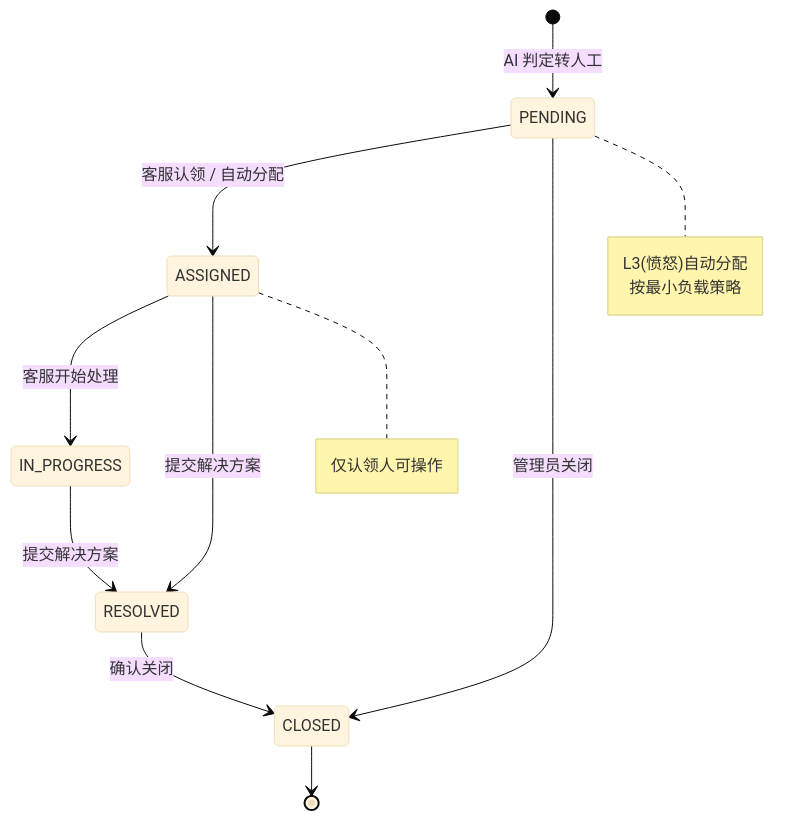
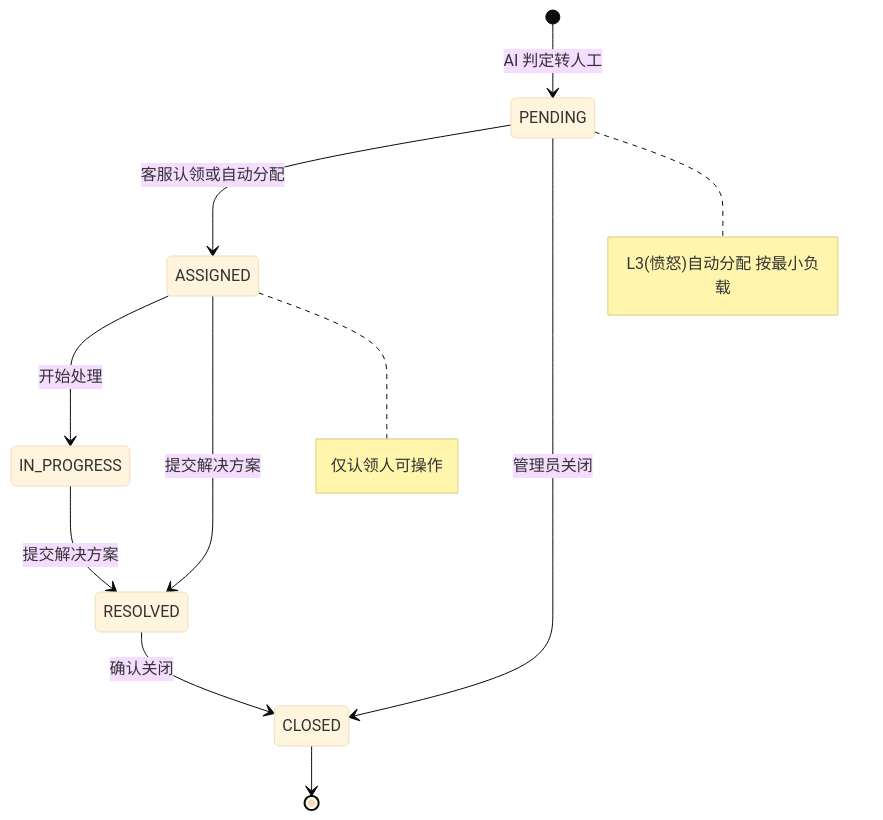
One commit to zhenkunwen/customer-service changed the third of 6 diagrams in README.md. Above: the diagram before and after it, drawn with Mermaid (base theme). The commit also changed other lines of this file, not shown here.

First line of the commit message:
fix: escape special chars in Mermaid diagrams for GitHub rendering

````diff
--- a/README.md
+++ b/README.md
@@ -121,14 +167,14 @@
 ```mermaid
 stateDiagram-v2
     [*] --> PENDING: AI 判定转人工
-    PENDING --> ASSIGNED: 客服认领 / 自动分配
+    PENDING --> ASSIGNED: 客服认领或自动分配
     PENDING --> CLOSED: 管理员关闭
-    ASSIGNED --> IN_PROGRESS: 客服开始处理
+    ASSIGNED --> IN_PROGRESS: 开始处理
     ASSIGNED --> RESOLVED: 提交解决方案
     IN_PROGRESS --> RESOLVED: 提交解决方案
     RESOLVED --> CLOSED: 确认关闭
     CLOSED --> [*]
     
-    note right of PENDING: L3(愤怒)自动分配<br/>按最小负载策略
+    note right of PENDING: L3(愤怒)自动分配 按最小负载
     note right of ASSIGNED: 仅认领人可操作
 ```
````
